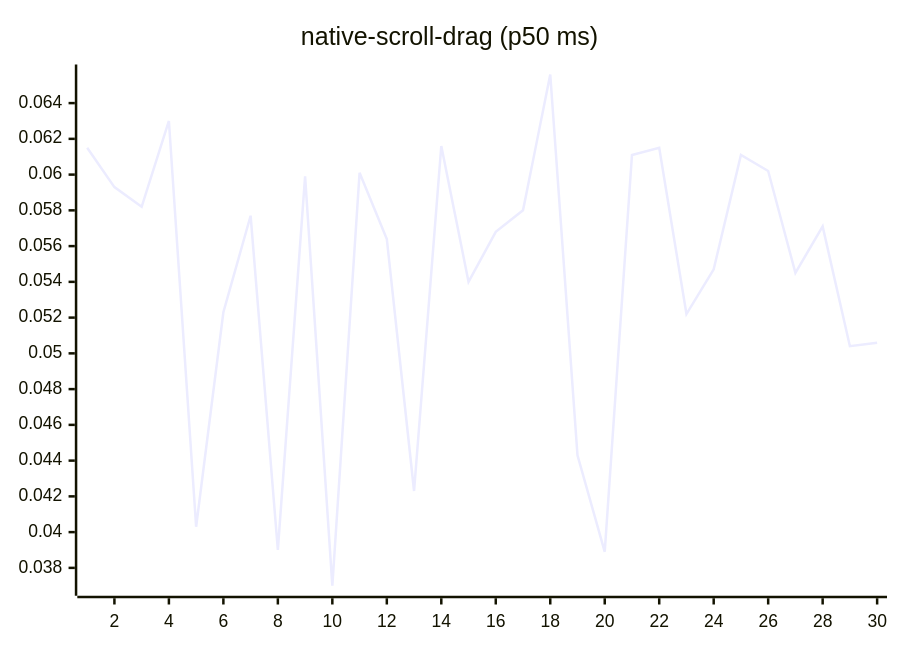
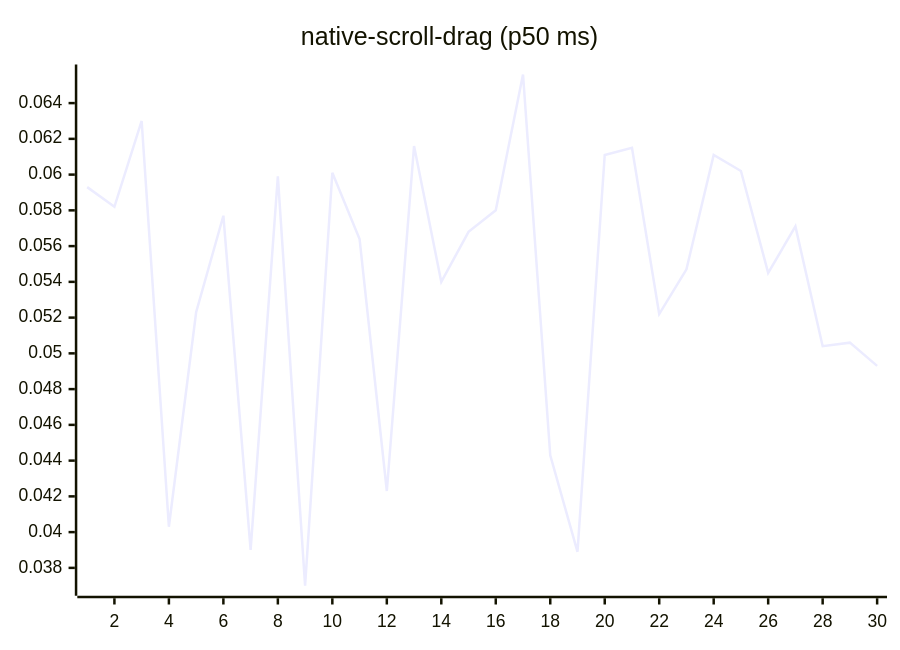
One commit to josha/Facet changed diagram 14 of 27 in README.md. Above: the diagram before and after it, drawn with Mermaid. The commit also changed other lines of this file and 2 other files, not shown here.

````diff
--- a/README.md
+++ b/README.md
@@ -154,6 +154,6 @@
 ```mermaid
 xychart-beta
     title "native-scroll-drag (p50 ms)"
     x-axis 1 --> 30
-    line [0.0615, 0.0593, 0.0582, 0.0630, 0.0403, 0.0523, 0.0577, 0.0390, 0.0599, 0.0370, 0.0601, 0.0564, 0.0423, 0.0616, 0.0540, 0.0568, 0.0580, 0.0656, 0.0443, 0.0389, 0.0611, 0.0615, 0.0522, 0.0547, 0.0611, 0.0602, 0.0545, 0.0571, 0.0504, 0.0506]
+    line [0.0593, 0.0582, 0.0630, 0.0403, 0.0523, 0.0577, 0.0390, 0.0599, 0.0370, 0.0601, 0.0564, 0.0423, 0.0616, 0.0540, 0.0568, 0.0580, 0.0656, 0.0443, 0.0389, 0.0611, 0.0615, 0.0522, 0.0547, 0.0611, 0.0602, 0.0545, 0.0571, 0.0504, 0.0506, 0.0493]
 ```
````
